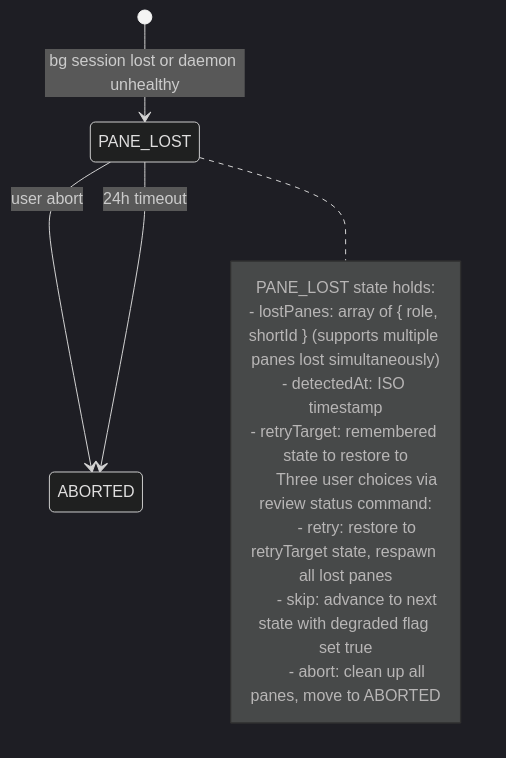
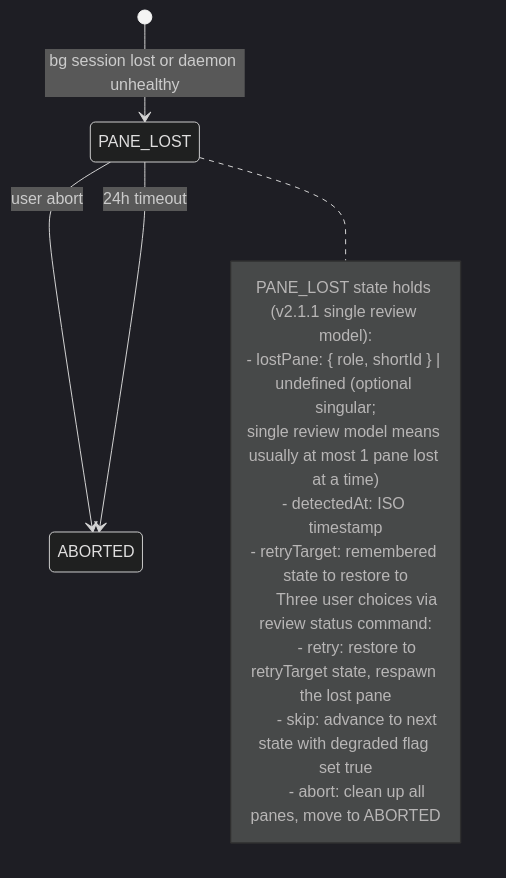
Before and after one commit to yujuntea/cc-linker: the second of 2 diagrams in docs/superpowers/specs/2026-06-15-multi-model-review-engine-v2.1.1-design.md, drawn with Mermaid (dark theme). The commit also changed other lines of this file and 5 other files, not shown here.

````diff
--- a/docs/superpowers/specs/2026-06-15-multi-model-review-engine-v2.1.1-design.md
+++ b/docs/superpowers/specs/2026-06-15-multi-model-review-engine-v2.1.1-design.md
@@ -623,21 +772,22 @@
 ```mermaid
 stateDiagram-v2
     direction TB
 
     [*] --> PANE_LOST : bg session lost or daemon unhealthy
 
     PANE_LOST --> ABORTED : user abort
     PANE_LOST --> ABORTED : 24h timeout
 
     note right of PANE_LOST
-      PANE_LOST state holds:
-      - lostPanes: array of { role, shortId } (supports multiple panes lost simultaneously)
+      PANE_LOST state holds (v2.1.1 single review model):
+      - lostPane: { role, shortId } | undefined (optional singular;
+        single review model means usually at most 1 pane lost at a time)
       - detectedAt: ISO timestamp
       - retryTarget: remembered state to restore to
 
       Three user choices via review status command:
-      - retry: restore to retryTarget state, respawn all lost panes
+      - retry: restore to retryTarget state, respawn the lost pane
       - skip: advance to next state with degraded flag set true
       - abort: clean up all panes, move to ABORTED
     end note
 ```
````
